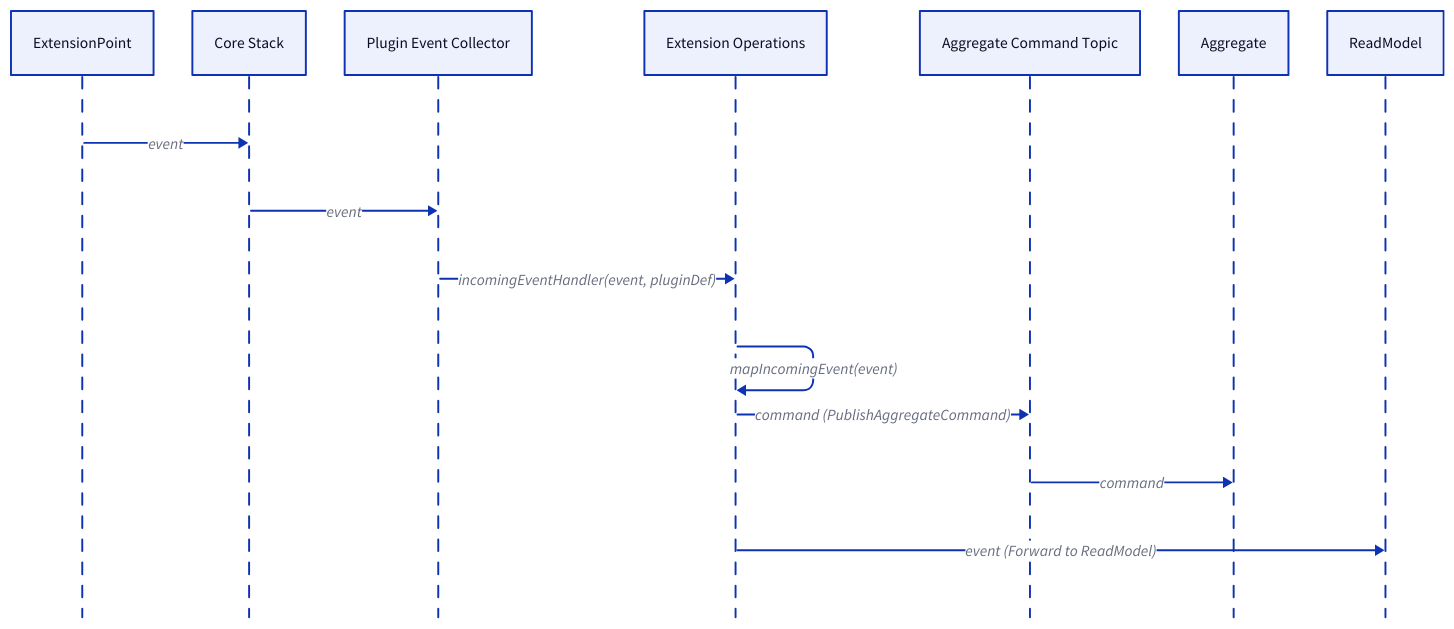
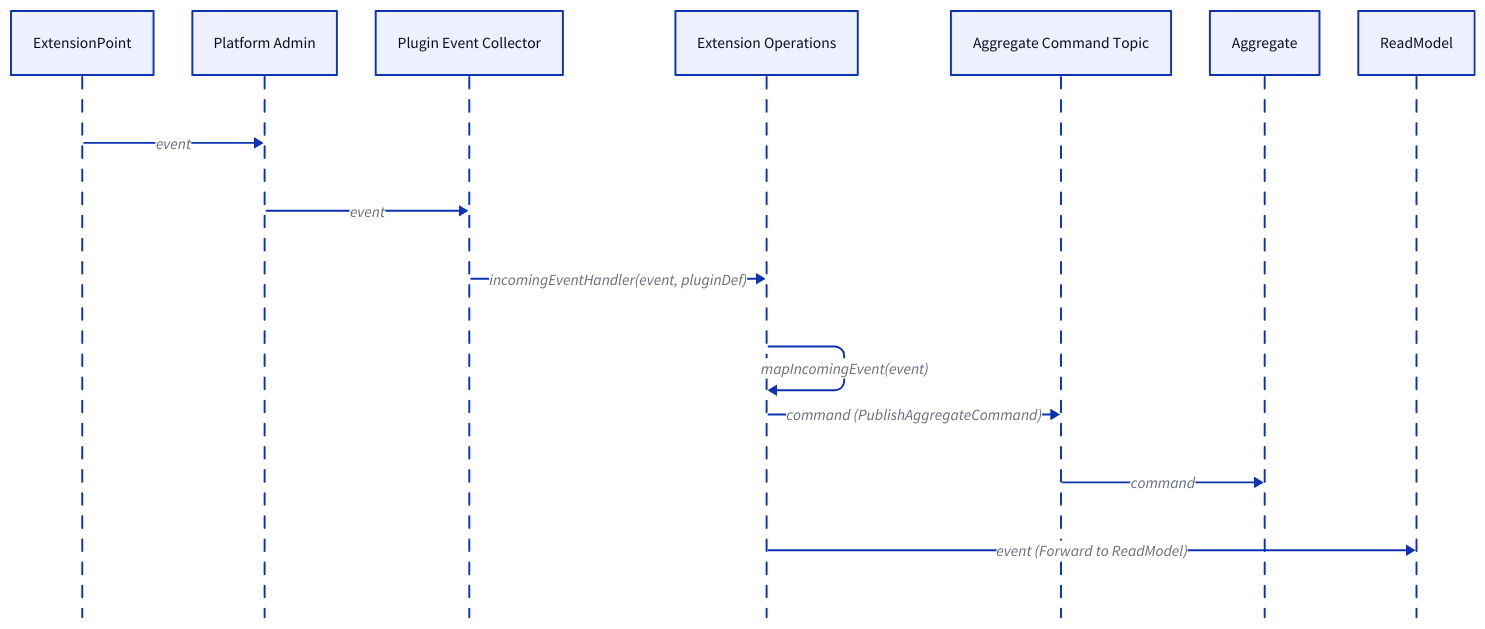
One commit to ReventlessDev/reventless-core changed the third of 4 diagrams in packages/doc/docs-app/components/extension.md. Above: the diagram before and after it, drawn with D2. The commit also changed other lines of this file and 92 other files, not shown here.

````diff
--- a/packages/doc/docs-app/components/extension.md
+++ b/packages/doc/docs-app/components/extension.md
@@ -347,19 +347,19 @@
 ```d2
 shape: sequence_diagram
 
 EP: ExtensionPoint { class: extension-point }
-CoreStack: Core Stack { class: external-system }
+Admin: Platform Admin { class: external-system }
 EC: Plugin Event Collector { class: event-collector }
 ExtOps: Extension Operations { class: extension }
 AggCT: Aggregate Command Topic { class: command-topic }
 Agg: Aggregate { class: aggregate }
 RM: ReadModel { class: read-model }
 
-EP -> CoreStack: event
-CoreStack -> EC: event
+EP -> Admin: event
+Admin -> EC: event
 EC -> ExtOps: "incomingEventHandler(event, pluginDef)"
 ExtOps -> ExtOps: "mapIncomingEvent(event)"
 ExtOps -> AggCT: "command (PublishAggregateCommand)"
 AggCT -> Agg: command
 ExtOps -> RM: "event (Forward to ReadModel)"
 ```
````
